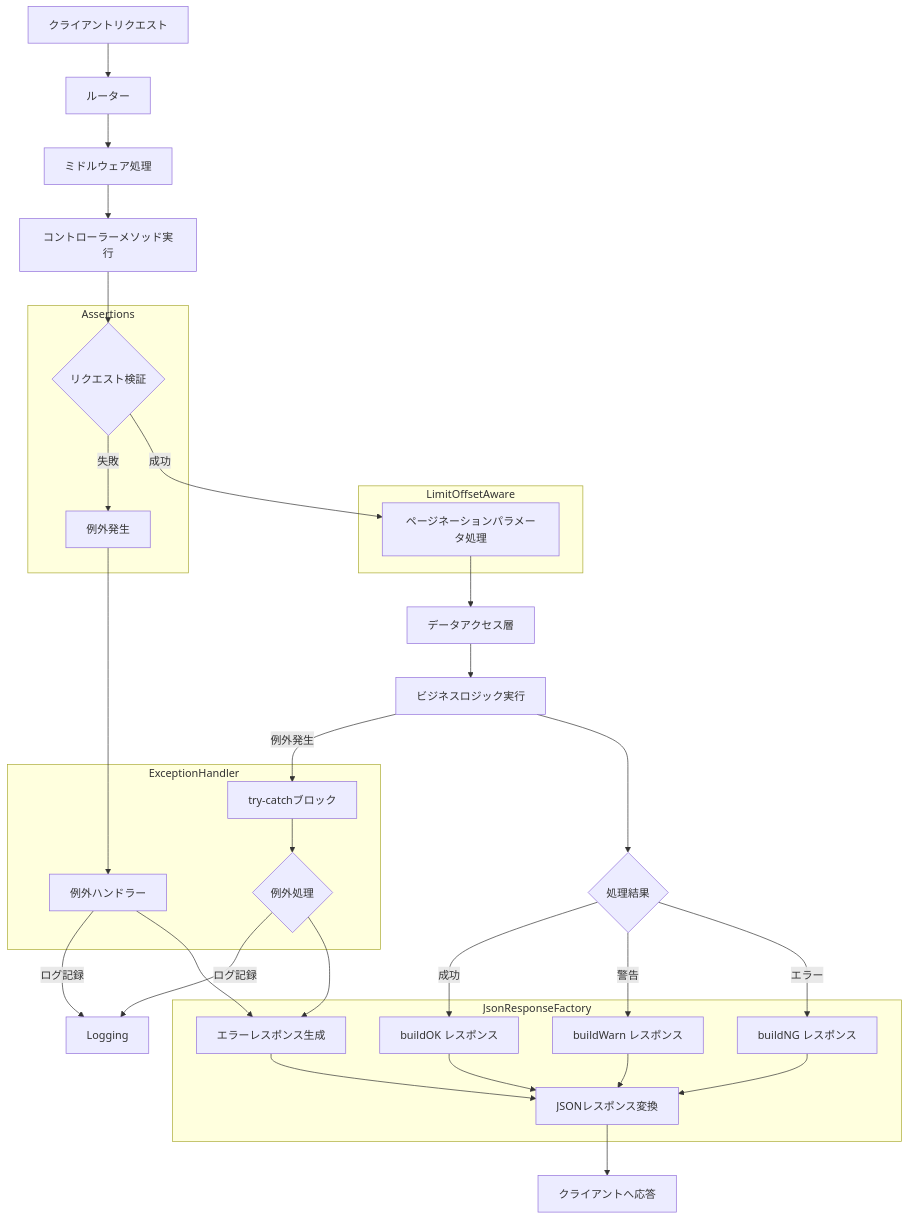
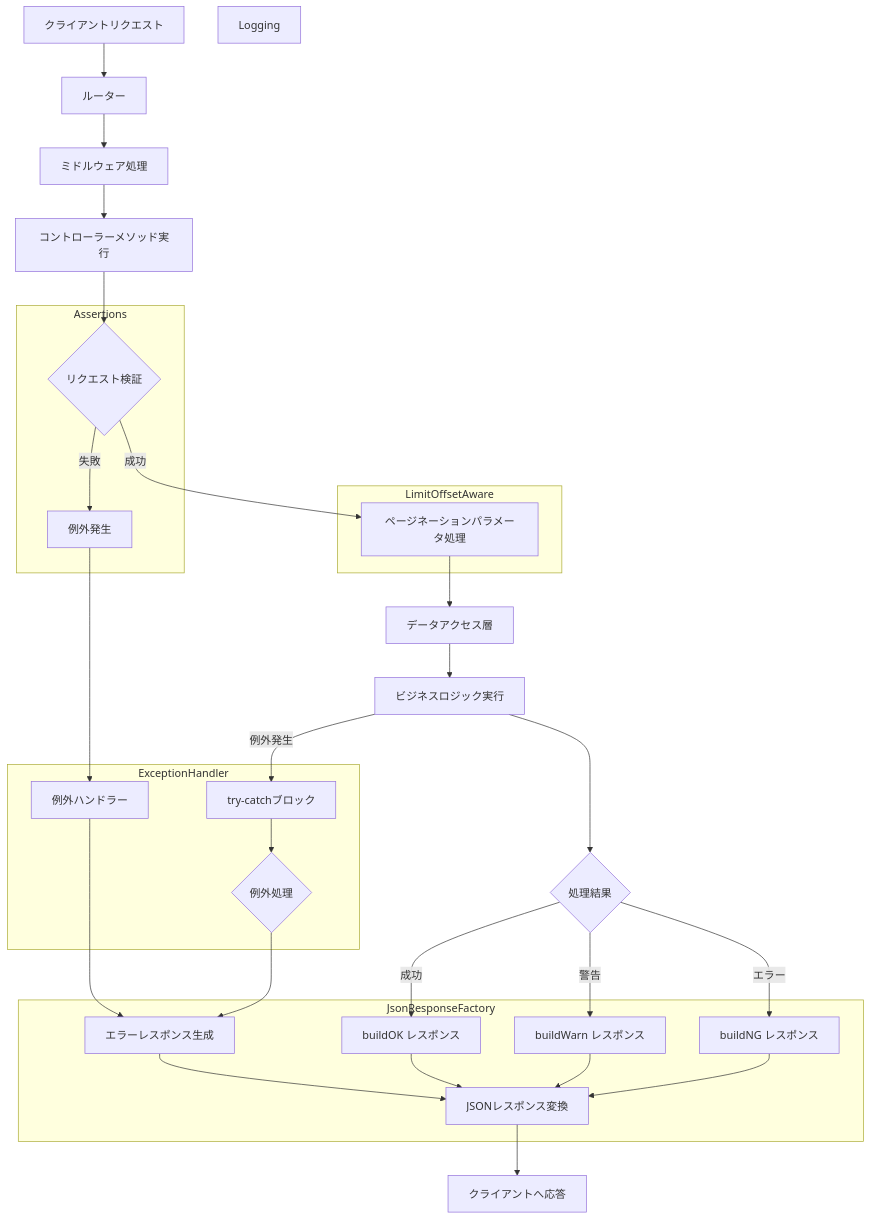
The diagram in README.md (tqcuong-it/docs), drawn with Mermaid before and after one commit.

````diff
--- a/README.md
+++ b/README.md
@@ -23,56 +23,56 @@
 ```mermaid
 flowchart TD
     A[クライアントリクエスト] --> B[ルーター]
     B --> C[ミドルウェア処理]
     C --> D[コントローラーメソッド実行]
     
     D --> E{リクエスト検証}
     E -->|失敗| F[例外発生]
     F --> G[例外ハンドラー]
-    G -->|ログ記録| LOG[Logging]
     G --> H[エラーレスポンス生成]
     
     E -->|成功| I[ページネーションパラメータ処理]
     I --> J[データアクセス層]
     J --> K[ビジネスロジック実行]
     
     K -->|例外発生| R[try-catchブロック]
     R --> S{例外処理}
-    S -->|ログ記録| LOG
     S --> H
     
     K --> L{処理結果}
     L -->|成功| M[buildOK レスポンス]
     L -->|警告| N[buildWarn レスポンス]
     L -->|エラー| O[buildNG レスポンス]
     
     M --> P[JSONレスポンス変換]
     N --> P
     O --> P
     H --> P
     
     P --> Q[クライアントへ応答]
+    
+    LOG[Logging]
     
     subgraph "LimitOffsetAware"
     I
     end
     
     subgraph "Assertions"
     E
     F
     end
     
     subgraph "ExceptionHandler"
     G
     R
     S
     end
     
     subgraph "JsonResponseFactory"
     M
     N
     O
     H
     P
     end
 ```
````
